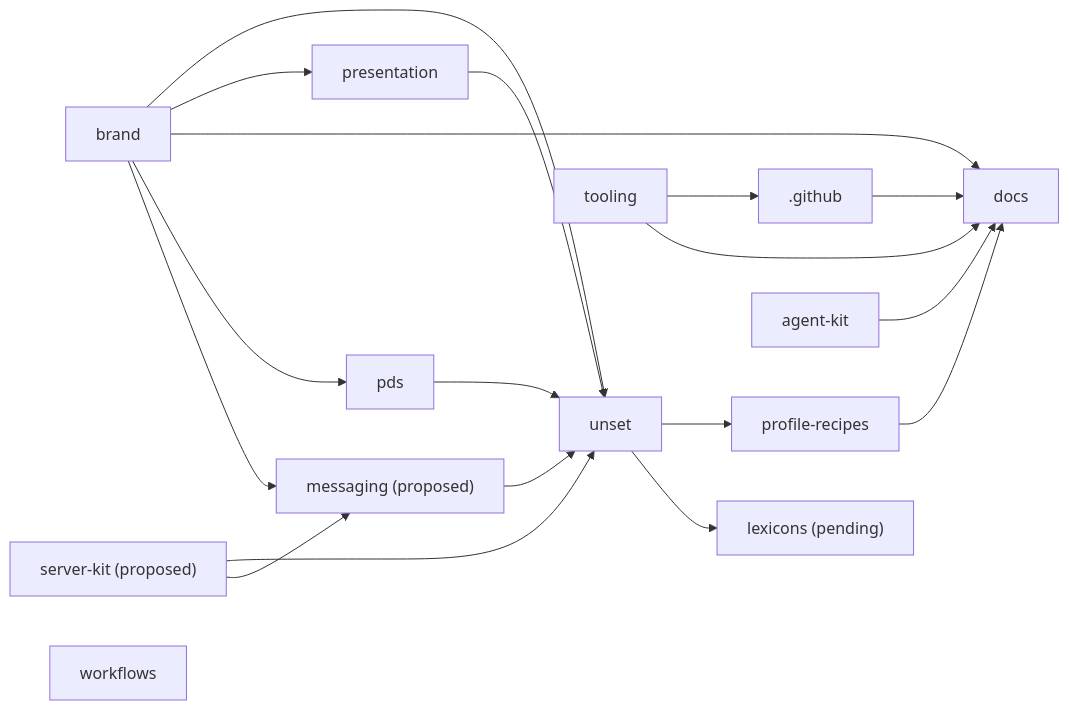
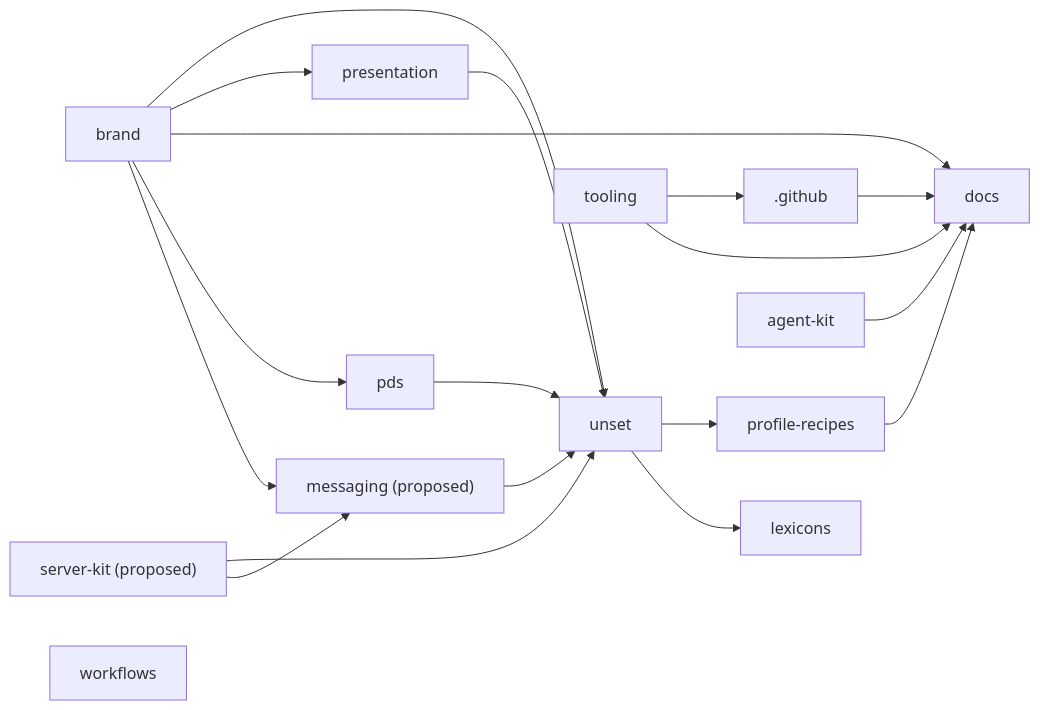
Before and after one commit to unset-sh/.github: the diagram in MAP.md, drawn with Mermaid. The commit also changed other lines of this file and 9 other files, not shown here.

````diff
--- a/MAP.md
+++ b/MAP.md
@@ -33,33 +33,33 @@
 ```mermaid
 flowchart LR
   r_unset["unset"]
   r__github[".github"]
   r_tooling["tooling"]
   r_brand["brand"]
   r_presentation["presentation"]
   r_profile_recipes["profile-recipes"]
   r_docs["docs"]
   r_pds["pds"]
-  r_lexicons["lexicons (pending)"]
+  r_lexicons["lexicons"]
   r_messaging["messaging (proposed)"]
   r_server_kit["server-kit (proposed)"]
   r_agent_kit["agent-kit"]
   r_workflows["workflows"]
   r_brand --> r_unset
   r_presentation --> r_unset
   r_messaging --> r_unset
   r_server_kit --> r_unset
   r_pds --> r_unset
   r_tooling --> r__github
   r_brand --> r_presentation
   r_unset --> r_profile_recipes
   r_brand --> r_docs
   r__github --> r_docs
   r_agent_kit --> r_docs
   r_profile_recipes --> r_docs
   r_tooling --> r_docs
   r_brand --> r_pds
   r_unset --> r_lexicons
   r_brand --> r_messaging
   r_server_kit --> r_messaging
 ```
````
